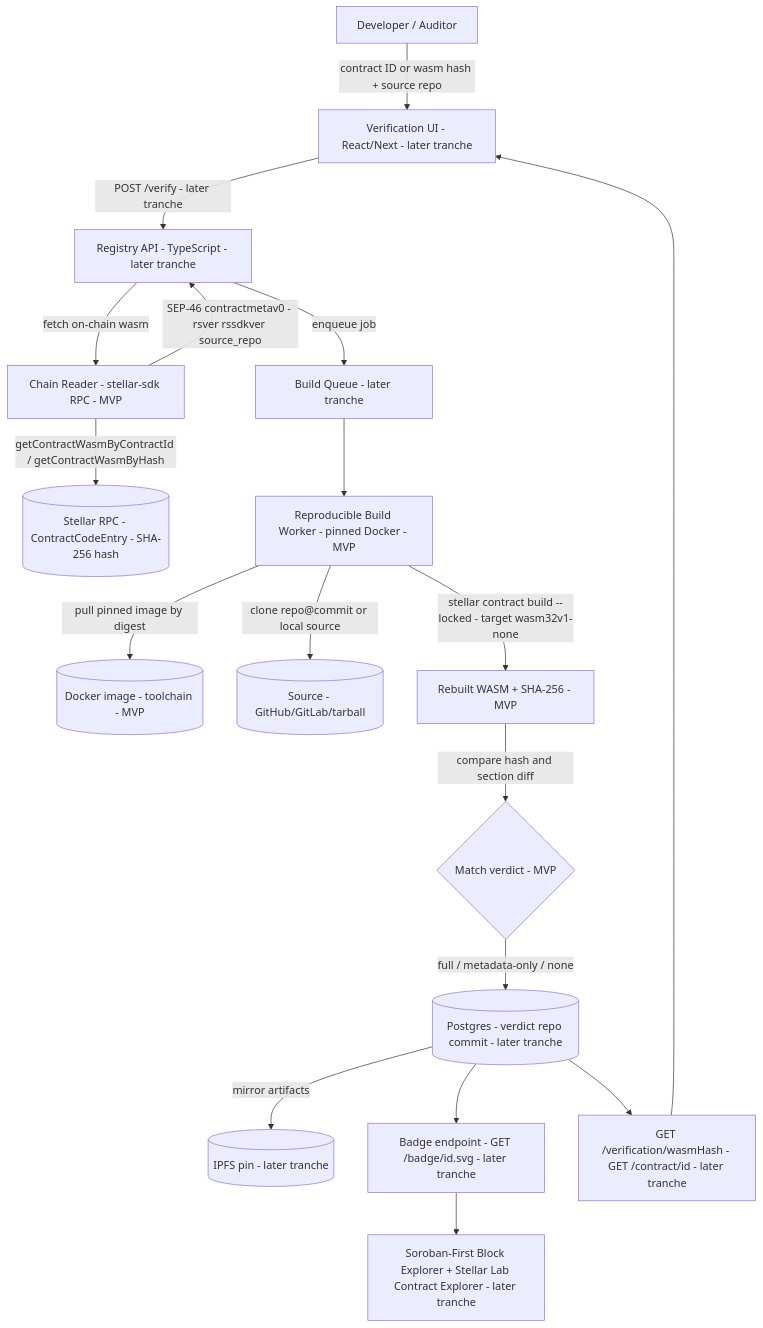
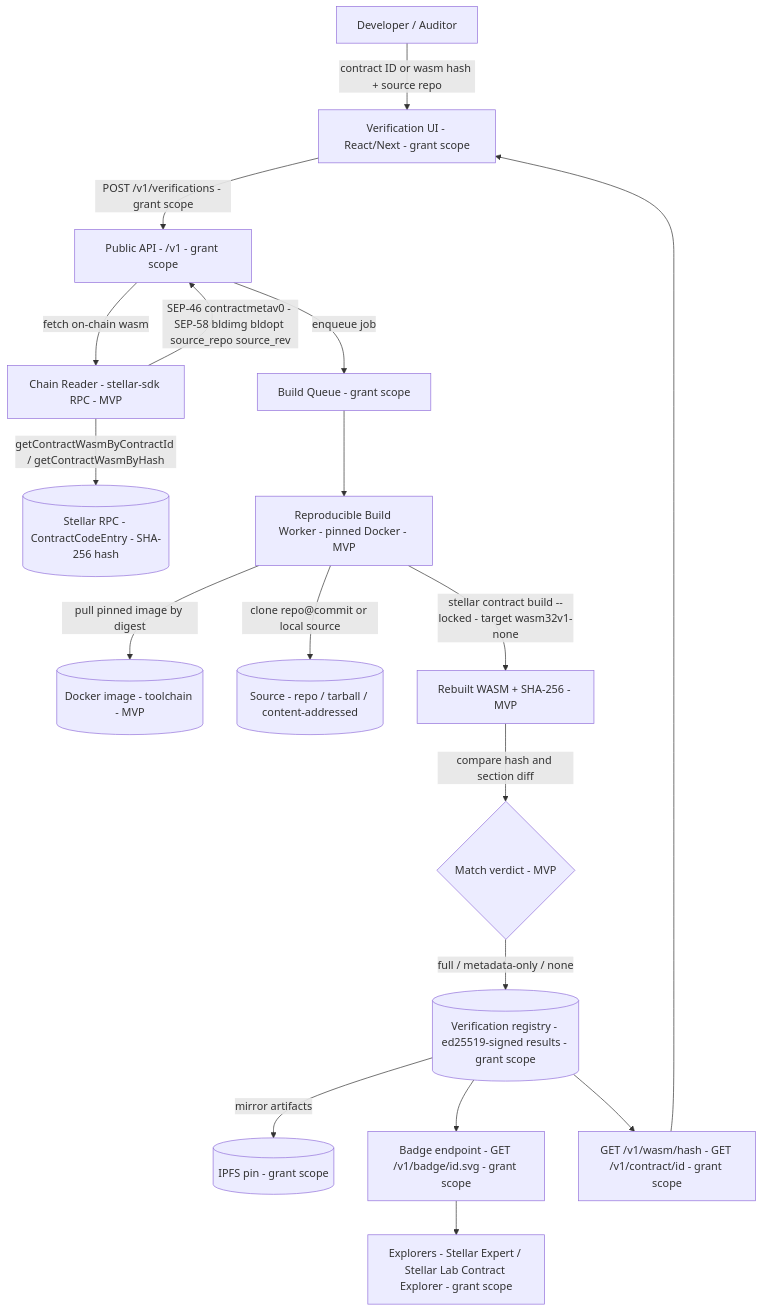
One commit to bleu/scf-contract-source-verification changed the diagram in README.md. Above: the diagram before and after it, drawn with Mermaid. The commit also changed other lines of this file and 4 other files, not shown here.

````diff
--- a/README.md
+++ b/README.md
@@ -50,20 +55,20 @@
 ```mermaid
 flowchart TD
-    Dev[Developer / Auditor] -->|contract ID or wasm hash + source repo| UI[Verification UI - React/Next - later tranche]
-    UI -->|POST /verify - later tranche| API[Registry API - TypeScript - later tranche]
-    API -->|enqueue job| Q[Build Queue - later tranche]
+    Dev[Developer / Auditor] -->|contract ID or wasm hash + source repo| UI[Verification UI - React/Next - grant scope]
+    UI -->|POST /v1/verifications - grant scope| API[Public API - /v1 - grant scope]
+    API -->|enqueue job| Q[Build Queue - grant scope]
     API -->|fetch on-chain wasm| Reader[Chain Reader - stellar-sdk RPC - MVP]
     Reader -->|getContractWasmByContractId / getContractWasmByHash| RPC[(Stellar RPC - ContractCodeEntry - SHA-256 hash)]
-    Reader -->|SEP-46 contractmetav0 - rsver rssdkver source_repo| API
+    Reader -->|SEP-46 contractmetav0 - SEP-58 bldimg bldopt source_repo source_rev| API
     Q --> Worker[Reproducible Build Worker - pinned Docker - MVP]
     Worker -->|pull pinned image by digest| Docker[(Docker image - toolchain - MVP)]
-    Worker -->|clone repo@commit or local source| Git[(Source - GitHub/GitLab/tarball)]
+    Worker -->|clone repo@commit or local source| Git[(Source - repo / tarball / content-addressed)]
     Worker -->|stellar contract build --locked - target wasm32v1-none| WASM[Rebuilt WASM + SHA-256 - MVP]
     WASM -->|compare hash and section diff| Match{Match verdict - MVP}
-    Match -->|full / metadata-only / none| DB[(Postgres - verdict repo commit - later tranche)]
-    DB -->|mirror artifacts| IPFS[(IPFS pin - later tranche)]
-    DB --> Badge[Badge endpoint - GET /badge/id.svg - later tranche]
-    Badge --> Explorer[Soroban-First Block Explorer + Stellar Lab Contract Explorer - later tranche]
-    DB --> Query[GET /verification/wasmHash - GET /contract/id - later tranche]
+    Match -->|full / metadata-only / none| DB[(Verification registry - ed25519-signed results - grant scope)]
+    DB -->|mirror artifacts| IPFS[(IPFS pin - grant scope)]
+    DB --> Badge[Badge endpoint - GET /v1/badge/id.svg - grant scope]
+    Badge --> Explorer[Explorers - Stellar Expert / Stellar Lab Contract Explorer - grant scope]
+    DB --> Query[GET /v1/wasm/hash - GET /v1/contract/id - grant scope]
     Query --> UI
 ```
````
